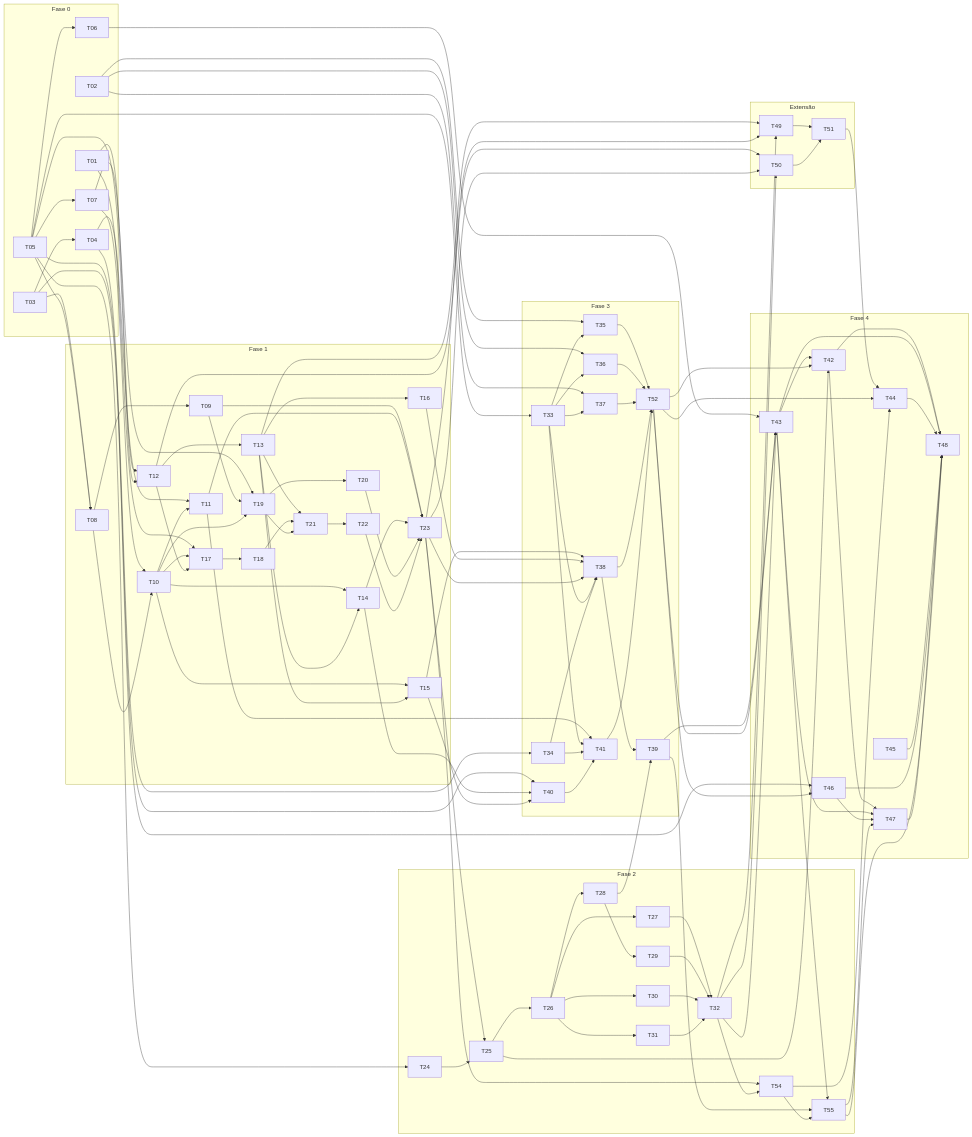
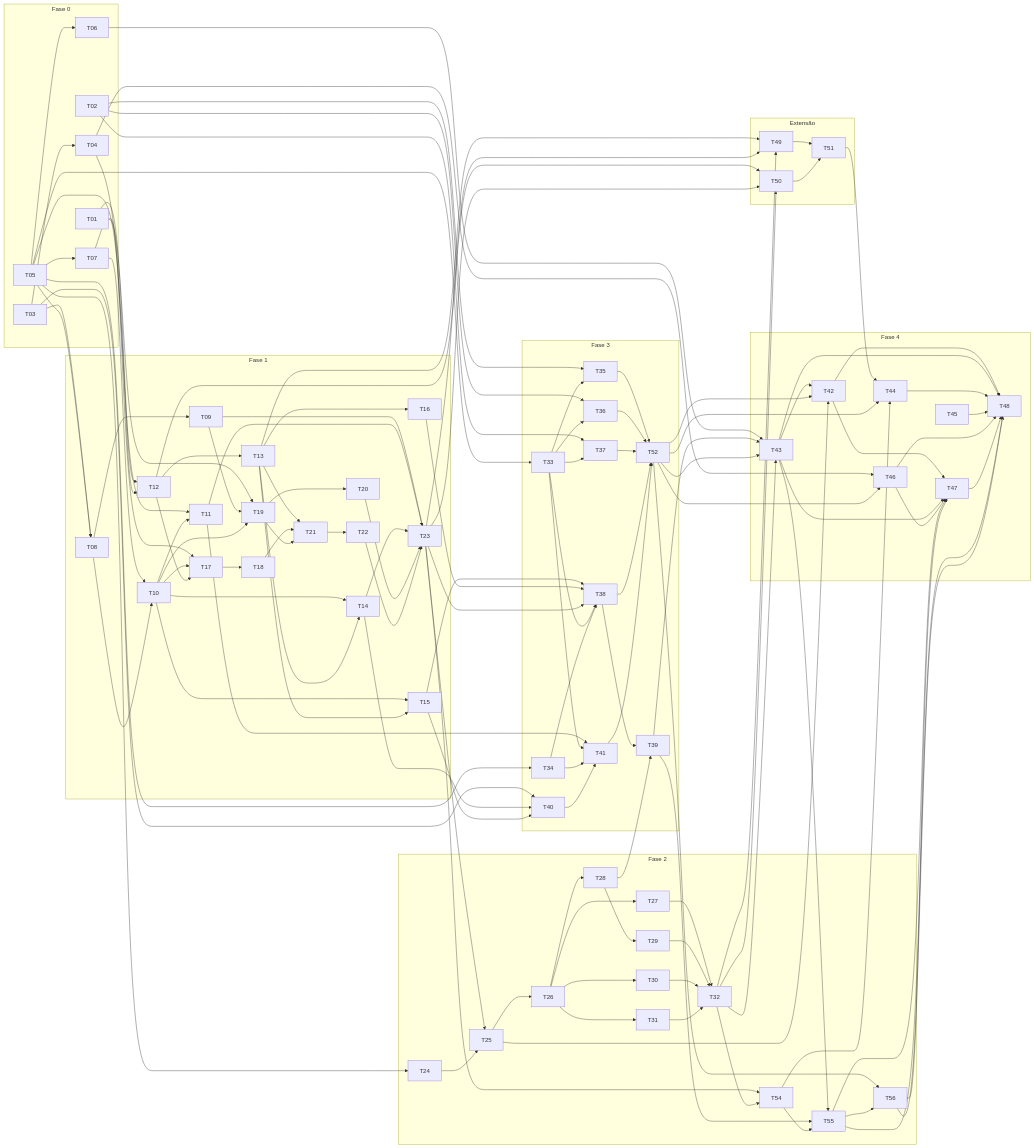
Before and after one commit to SENAI-IA/iapd-26t1-e01-rastro: the diagram in .kiro/specs/rastro/dependencias.md, drawn with Mermaid. The commit also changed other lines of this file and 4 other files, not shown here.

````diff
--- a/.kiro/specs/rastro/dependencias.md
+++ b/.kiro/specs/rastro/dependencias.md
@@ -77,66 +78,67 @@
 ```mermaid
 flowchart LR
   subgraph F0[Fase 0]
     T01; T02; T03; T04; T05; T06; T07
   end
   subgraph F1[Fase 1]
     T08; T09; T10; T11; T12; T13; T14; T15; T16; T17; T18; T19; T20; T21; T22; T23
   end
   subgraph F2[Fase 2]
-    T24; T25; T26; T27; T28; T29; T30; T31; T32; T54; T55
+    T24; T25; T26; T27; T28; T29; T30; T31; T32; T54; T55; T56
   end
   subgraph F3[Fase 3]
     T33; T34; T35; T36; T37; T38; T39; T40; T41; T52
   end
   subgraph EX[Extensão]
     T49; T50; T51
   end
   subgraph F4[Fase 4]
     T42; T43; T44; T45; T46; T47; T48
   end
 
   T03 --> T04
   T05 --> T06 & T07 & T24 & T33 & T34
   T03 & T05 --> T08
   T01 & T05 --> T12
   T08 --> T09
   T07 & T08 --> T10
   T04 & T10 --> T11
   T12 --> T13
   T10 & T13 --> T14
   T10 & T13 --> T15
   T13 --> T16
   T01 & T10 & T12 --> T17
   T17 --> T18
   T07 & T09 & T10 --> T19
   T19 --> T20
   T13 & T18 & T19 --> T21
   T21 --> T22
   T09 & T11 & T14 & T20 & T22 --> T23
 
   T23 & T24 --> T25
   T25 --> T26
   T26 --> T27 & T28 & T30 & T31
   T28 --> T29
   T27 & T29 & T30 & T31 --> T32
   T23 & T32 --> T54
   T39 & T43 & T54 --> T55
+  T52 & T55 --> T56
 
   T02 & T33 --> T35 & T36 & T37
   T15 & T16 & T23 & T33 & T34 --> T38
   T28 & T38 --> T39
   T03 & T14 & T15 --> T40
   T11 & T33 & T34 & T40 --> T41
   T35 & T36 & T37 & T38 & T41 --> T52
 
   T13 & T23 & T32 --> T49
   T12 & T23 & T32 --> T50
   T49 & T50 --> T51
 
   T06 & T32 & T39 & T52 --> T43
   T25 & T43 & T52 --> T42
   T51 & T52 & T54 --> T44
   T04 & T52 --> T46
-  T42 & T43 & T46 & T55 --> T47
-  T42 & T43 & T44 & T45 & T46 & T47 & T55 --> T48
+  T42 & T43 & T46 & T55 & T56 --> T47
+  T42 & T43 & T44 & T45 & T46 & T47 & T55 & T56 --> T48
 ```
````
